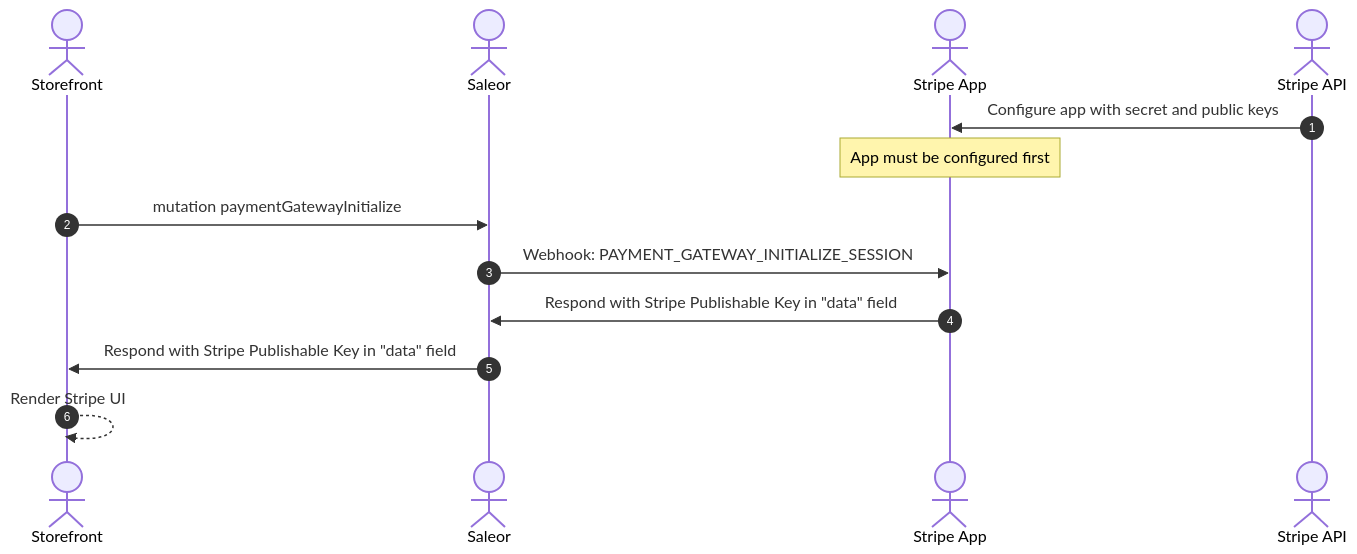
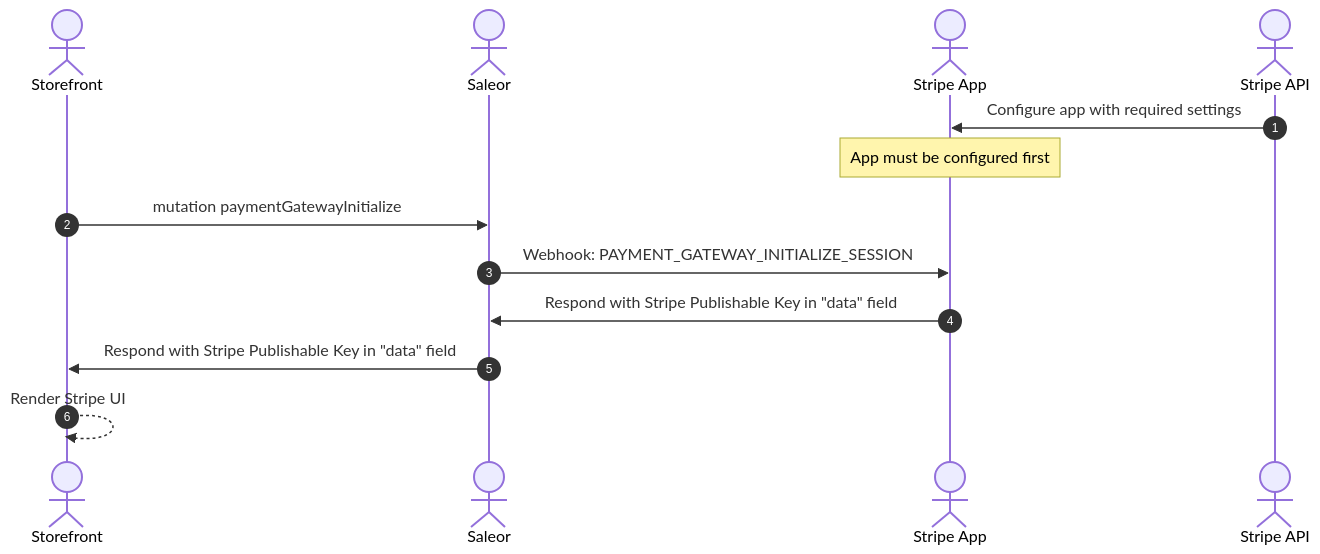
One commit to saleor/saleor-docs changed the first of 10 diagrams in docs/developer/app-store/apps/stripe/architecture.mdx. Above: the diagram before and after it, drawn with Mermaid. The commit also changed other lines of this file and 1 other file, not shown here.

Commit message:
update diagrams

````diff
--- a/docs/developer/app-store/apps/stripe/architecture.mdx
+++ b/docs/developer/app-store/apps/stripe/architecture.mdx
@@ -62,19 +62,19 @@
 ```mermaid
 
 
 sequenceDiagram
     actor Storefront
     actor Saleor
     actor Stripe App
     actor Stripe API
 
     autonumber
-    Stripe API->>Stripe App: Configure app with secret and public keys
+    Stripe API->>Stripe App: Configure app with required settings
     note over Stripe App: App must be configured first
 
     Storefront->>Saleor: mutation paymentGatewayInitialize
     Saleor->>Stripe App: Webhook: PAYMENT_GATEWAY_INITIALIZE_SESSION
     Stripe App ->> Saleor: Respond with Stripe Publishable Key in "data" field
     Saleor ->> Storefront: Respond with Stripe Publishable Key in "data" field
     Storefront-->>Storefront: Render Stripe UI
 ```
````
